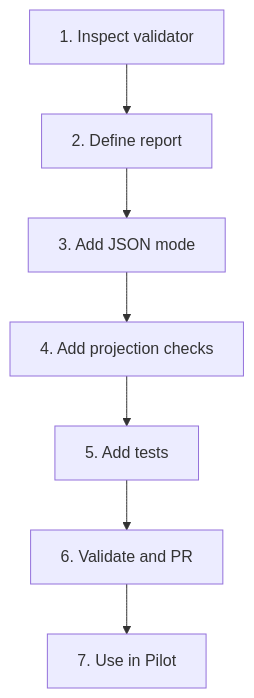
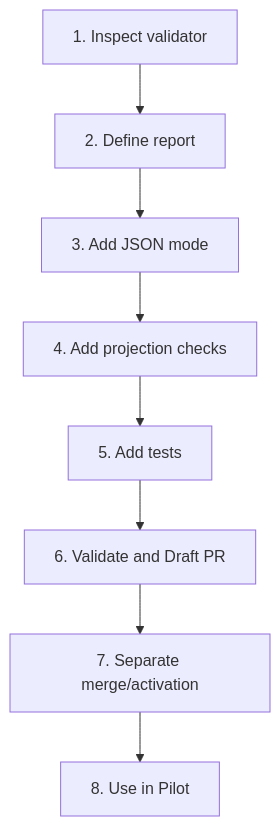
The diagram in docs/plan/distributed-multi-agent-sdlc/pilot-v1/rental-home/tasks.md (nhatnguyenquang1838-coder/gwc), drawn with Mermaid before and after one commit. The commit also changed other lines of this file, not shown here.

Commit message:
docs(plan): refresh Rental Home pilot adapter status

````diff
--- a/docs/plan/distributed-multi-agent-sdlc/pilot-v1/rental-home/tasks.md
+++ b/docs/plan/distributed-multi-agent-sdlc/pilot-v1/rental-home/tasks.md
@@ -9,9 +21,10 @@
 ```mermaid
 graph TD
   T1[1. Inspect validator] --> T2[2. Define report]
   T2 --> T3[3. Add JSON mode]
   T3 --> T4[4. Add projection checks]
   T4 --> T5[5. Add tests]
-  T5 --> T6[6. Validate and PR]
-  T6 --> T7[7. Use in Pilot]
+  T5 --> T6[6. Validate and Draft PR]
+  T6 --> T7[7. Separate merge/activation]
+  T7 --> T8[8. Use in Pilot]
 ```
````
